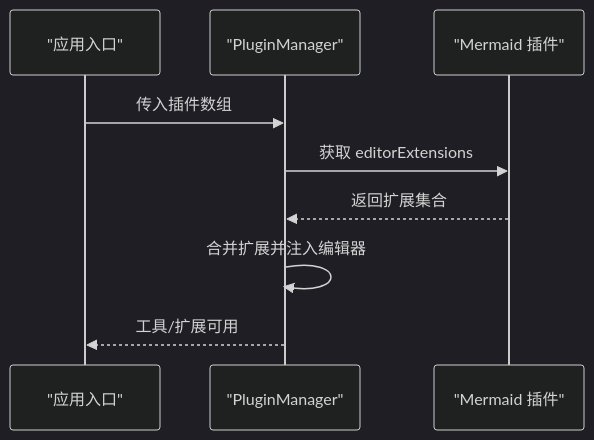
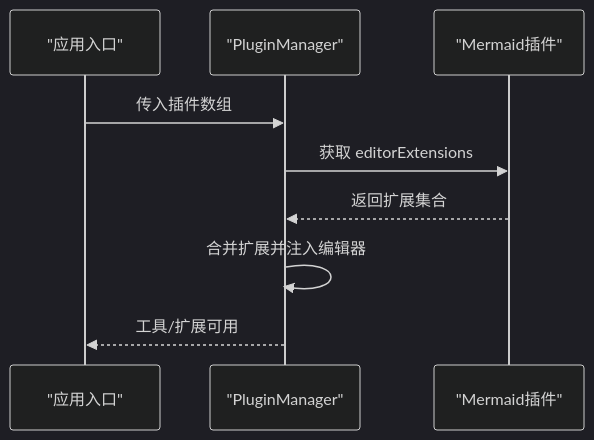
One commit to LRF0422/Kotion changed the sixth of 8 diagrams in .qoder/repowiki/zh/content/功能模块/绘图插件/Mermaid图表插件.md. Above: the diagram before and after it, drawn with Mermaid (dark theme). The commit also changed other lines of this file and 75 other files, not shown here.

````diff
--- a/.qoder/repowiki/zh/content/功能模块/绘图插件/Mermaid图表插件.md
+++ b/.qoder/repowiki/zh/content/功能模块/绘图插件/Mermaid图表插件.md
@@ -226,11 +235,11 @@
 ```mermaid
 sequenceDiagram
 participant App as "应用入口"
 participant PM as "PluginManager"
-participant Plugin as "Mermaid 插件"
+participant Plugin as "Mermaid插件"
 App->>PM : 传入插件数组
 PM->>Plugin : 获取 editorExtensions
 Plugin-->>PM : 返回扩展集合
 PM->>PM : 合并扩展并注入编辑器
 PM-->>App : 工具/扩展可用
 ```
````
